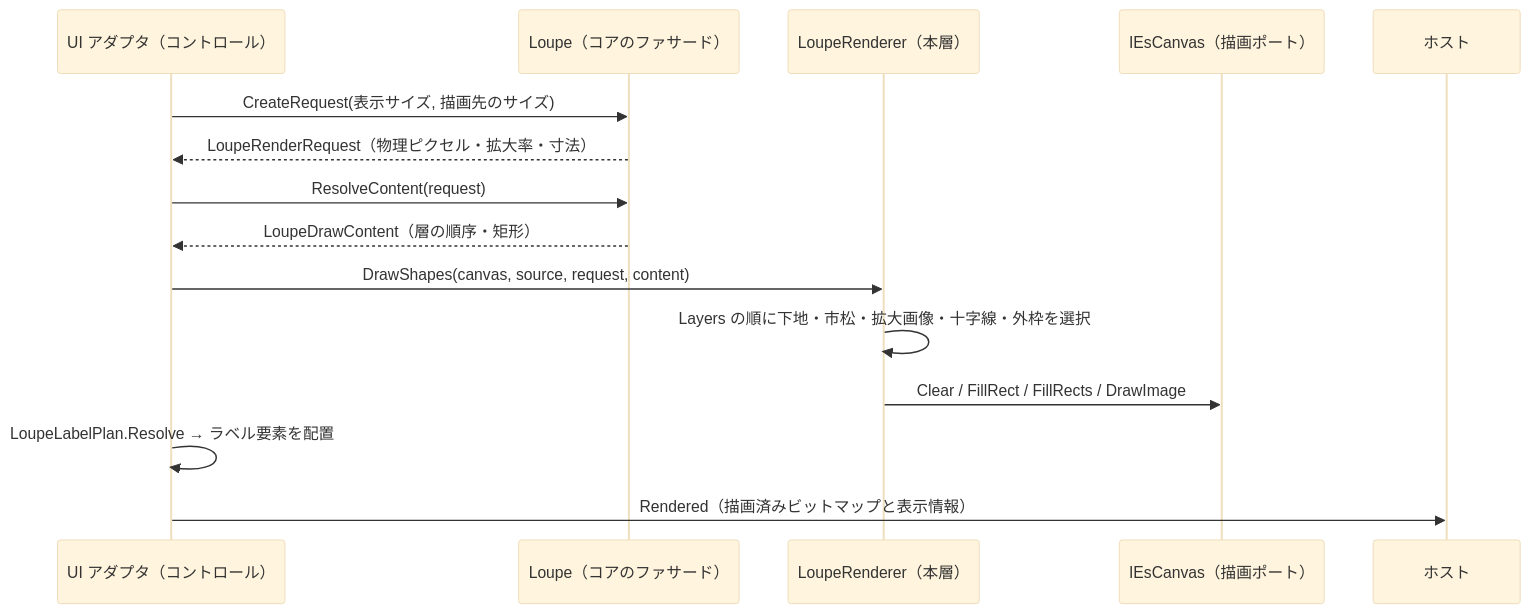
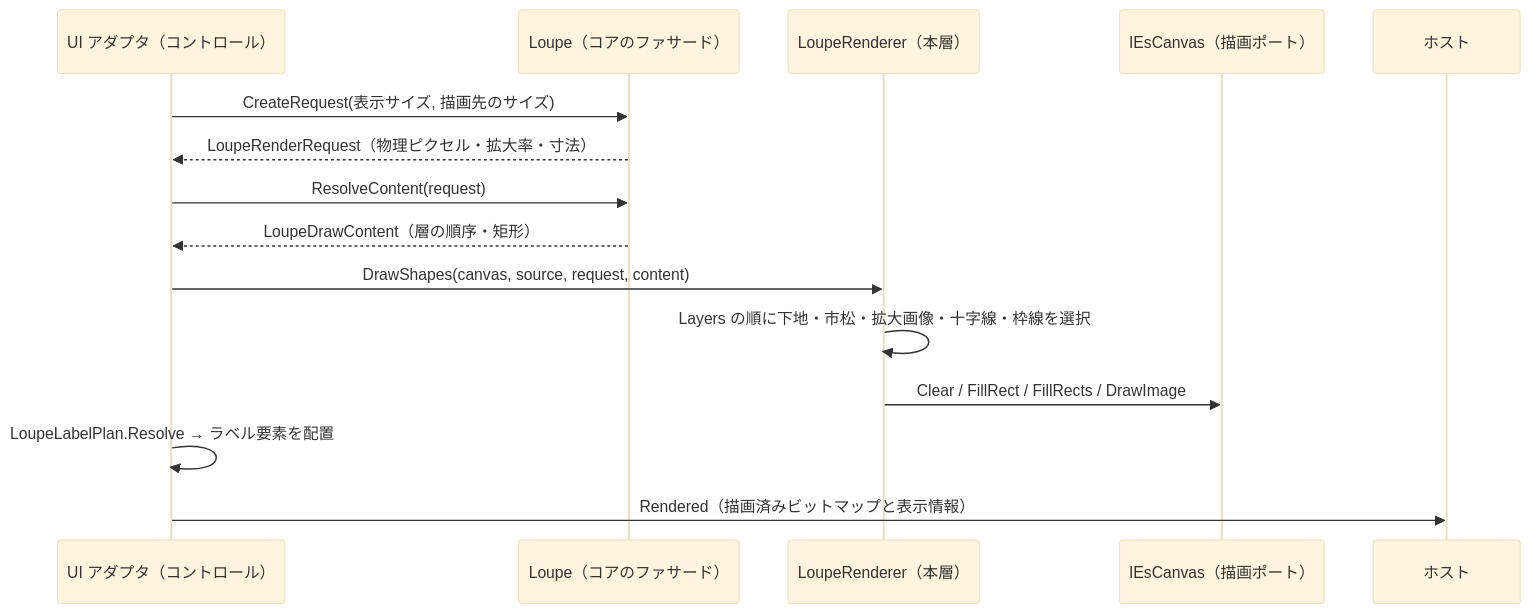
One commit to tomokuni/SaveEvidence changed the first of 3 diagrams in src/LoupeControl.UIBase/SPEC_System.md. Above: the diagram before and after it, drawn with Mermaid (base theme). The commit also changed other lines of this file and 60 other files, not shown here.

````diff
--- a/src/LoupeControl.UIBase/SPEC_System.md
+++ b/src/LoupeControl.UIBase/SPEC_System.md
@@ -54,18 +54,18 @@
 ```mermaid
 sequenceDiagram
     participant UI as UI アダプタ（コントロール）
     participant L as Loupe（コアのファサード）
     participant R as LoupeRenderer（本層）
     participant C as IEsCanvas（描画ポート）
     participant H as ホスト
 
     UI->>L: CreateRequest(表示サイズ, 描画先のサイズ)
     L-->>UI: LoupeRenderRequest（物理ピクセル・拡大率・寸法）
     UI->>L: ResolveContent(request)
     L-->>UI: LoupeDrawContent（層の順序・矩形）
     UI->>R: DrawShapes(canvas, source, request, content)
-    R->>R: Layers の順に下地・市松・拡大画像・十字線・外枠を選択
+    R->>R: Layers の順に下地・市松・拡大画像・十字線・枠線を選択
     R->>C: Clear / FillRect / FillRects / DrawImage
     UI->>UI: LoupeLabelPlan.Resolve → ラベル要素を配置
     UI->>H: Rendered（描画済みビットマップと表示情報）
 ```
````
